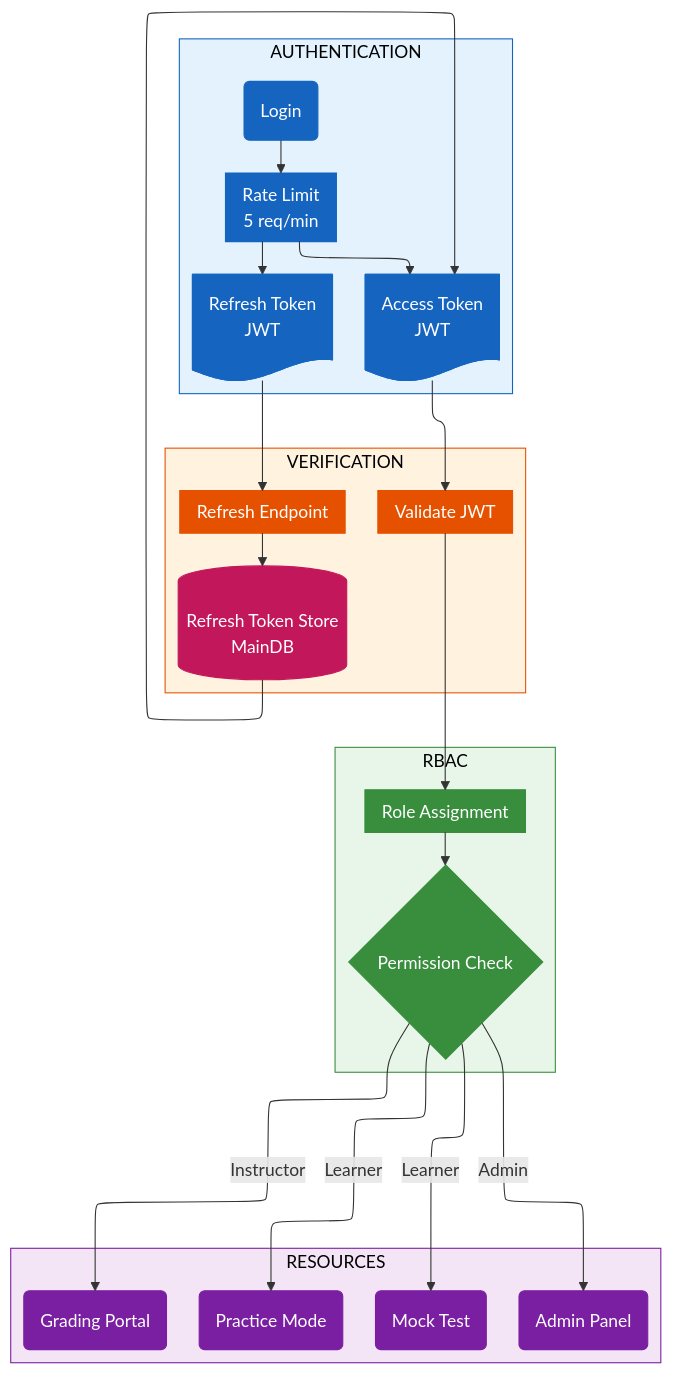
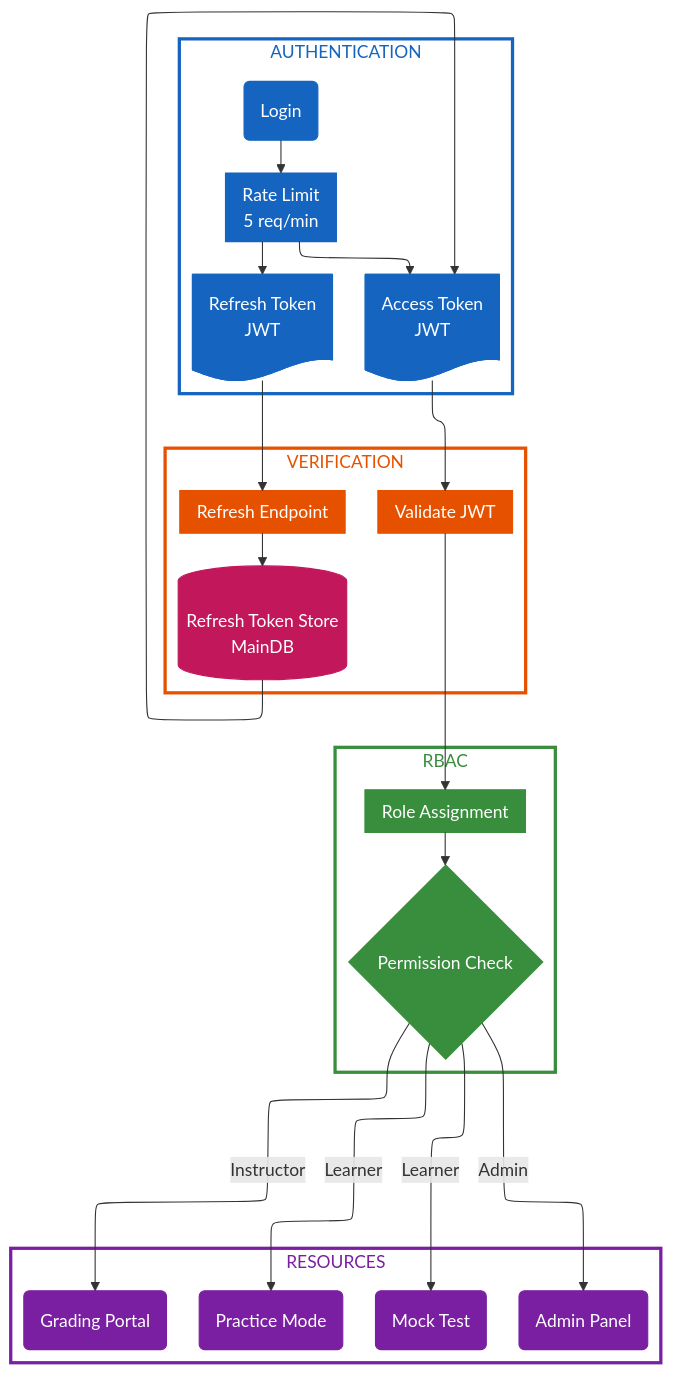
One commit to nghyane/VSTEP changed diagram 11 of 12 in docs/capstone/diagrams/flow-diagrams.vi.md. Above: the diagram before and after it, drawn with Mermaid. The commit also changed other lines of this file, not shown here.

````diff
--- a/docs/capstone/diagrams/flow-diagrams.vi.md
+++ b/docs/capstone/diagrams/flow-diagrams.vi.md
@@ -754,65 +754,65 @@
 ```mermaid
 ---
 config:
   layout: elk
 ---
 flowchart TB
     subgraph Auth["AUTHENTICATION"]
         Login@{ shape: rounded, label: "Login" }
         Rate@{ shape: fr-rect, label: "Rate Limit\n5 req/min" }
         Access@{ shape: doc, label: "Access Token\nJWT" }
         Refresh@{ shape: doc, label: "Refresh Token\nJWT" }
     end
 
     subgraph Verify["VERIFICATION"]
         Validate@{ shape: fr-rect, label: "Validate JWT" }
         RefreshEp@{ shape: fr-rect, label: "Refresh Endpoint" }
         Store@{ shape: cyl, label: "Refresh Token Store\nMainDB" }
     end
 
     subgraph RBAC["RBAC"]
         Roles@{ shape: fr-rect, label: "Role Assignment" }
         Check@{ shape: diam, label: "Permission Check" }
     end
 
     subgraph Resources["RESOURCES"]
         direction LR
         Practice@{ shape: rounded, label: "Practice Mode" }
         Mock@{ shape: rounded, label: "Mock Test" }
         Grading@{ shape: rounded, label: "Grading Portal" }
         Admin@{ shape: rounded, label: "Admin Panel" }
     end
 
     Login --> Rate --> Access & Refresh
     Access --> Validate
     Refresh --> RefreshEp --> Store --> Access
     
     Validate --> Roles --> Check
     Check -->|"Learner"| Practice & Mock
     Check -->|"Instructor"| Grading
     Check -->|"Admin"| Admin
 
     %% Nodes
     classDef auth fill:#1565c0,stroke:#1565c0,color:#fff
     classDef verify fill:#e65100,stroke:#e65100,color:#fff
     classDef rbac fill:#388e3c,stroke:#388e3c,color:#fff
     classDef resources fill:#7b1fa2,stroke:#7b1fa2,color:#fff
     classDef data fill:#c2185b,stroke:#c2185b,color:#fff
 
     %% Boxes
-    classDef authBox fill:#e3f2fd,stroke:#1565c0,color:#000
-    classDef verifyBox fill:#fff3e0,stroke:#e65100,color:#000
-    classDef rbacBox fill:#e8f5e9,stroke:#388e3c,color:#000
-    classDef resourcesBox fill:#f3e5f5,stroke:#7b1fa2,color:#000
+    classDef authBox fill:none,stroke:#1565c0,stroke-width:3px,color:#1565c0
+    classDef verifyBox fill:none,stroke:#e65100,stroke-width:3px,color:#e65100
+    classDef rbacBox fill:none,stroke:#388e3c,stroke-width:3px,color:#388e3c
+    classDef resourcesBox fill:none,stroke:#7b1fa2,stroke-width:3px,color:#7b1fa2
 
     class Auth authBox
     class Verify verifyBox
     class RBAC rbacBox
     class Resources resourcesBox
 
     class Login,Rate,Access,Refresh auth
     class Validate,RefreshEp verify
     class Roles,Check rbac
     class Practice,Mock,Grading,Admin resources
     class Store data
 ```
````
